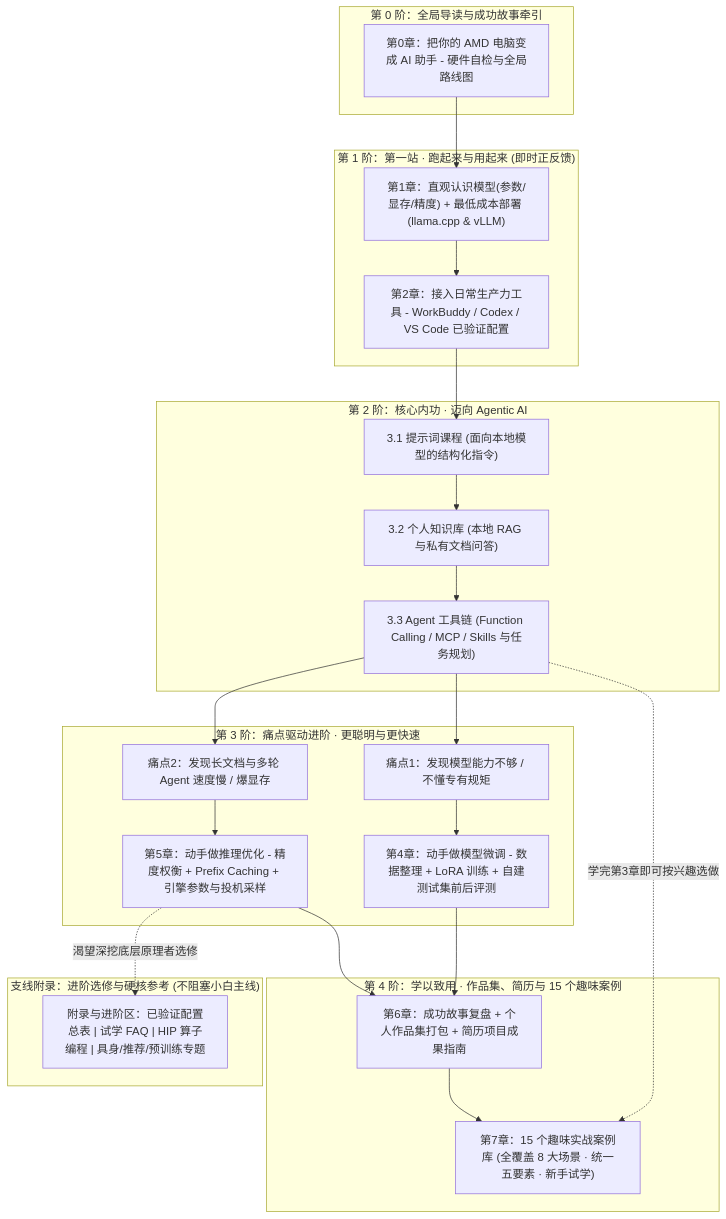
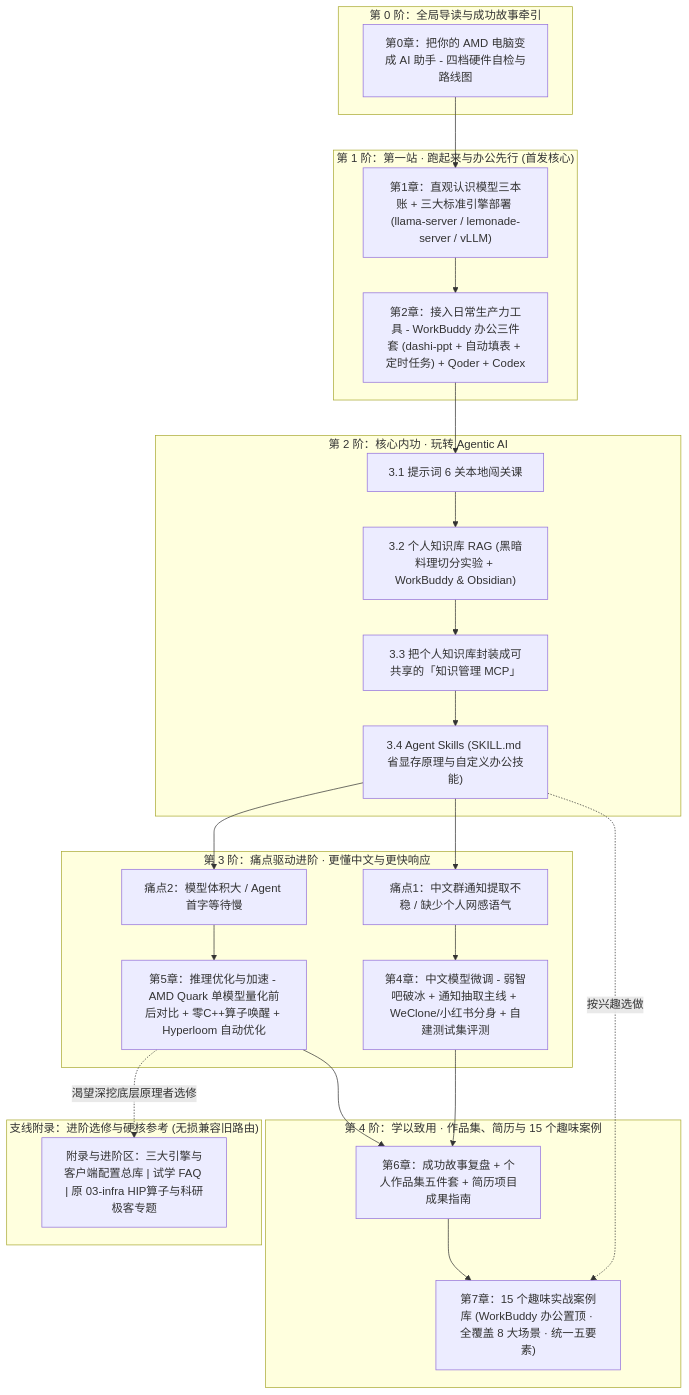
The first of 2 diagrams in docs/course-refactor/DESIGN_course-refactor.md (datawhalechina/hello-rocm), drawn with Mermaid before and after one commit. The commit also changed other lines of this file and 3 other files, not shown here.

Commit message:
docs(course-refactor): 精炼课程总大纲（统一三大服务引擎、WorkBuddy办公三件套、Qoder、知识管理MCP与微调量化范围）

````diff
--- a/docs/course-refactor/DESIGN_course-refactor.md
+++ b/docs/course-refactor/DESIGN_course-refactor.md
@@ -48,47 +47,48 @@
 ```mermaid
 flowchart TD
     subgraph L0["第 0 阶：全局导读与成功故事牵引"]
-        C0["第0章：把你的 AMD 电脑变成 AI 助手 - 硬件自检与全局路线图"]
+        C0["第0章：把你的 AMD 电脑变成 AI 助手 - 四档硬件自检与路线图"]
     end
 
-    subgraph L1["第 1 阶：第一站 · 跑起来与用起来 (即时正反馈)"]
-        C1["第1章：直观认识模型(参数/显存/精度) + 最低成本部署 (llama.cpp & vLLM)"]
-        C2["第2章：接入日常生产力工具 - WorkBuddy / Codex / VS Code 已验证配置"]
+    subgraph L1["第 1 阶：第一站 · 跑起来与办公先行 (首发核心)"]
+        C1["第1章：直观认识模型三本账 + 三大标准引擎部署 (llama-server / lemonade-server / vLLM)"]
+        C2["第2章：接入日常生产力工具 - WorkBuddy 办公三件套 (dashi-ppt + 自动填表 + 定时任务) + Qoder + Codex"]
         C1 --> C2
     end
 
-    subgraph L2["第 2 阶：核心内功 · 迈向 Agentic AI"]
-        C3_1["3.1 提示词课程 (面向本地模型的结构化指令)"]
-        C3_2["3.2 个人知识库 (本地 RAG 与私有文档问答)"]
-        C3_3["3.3 Agent 工具链 (Function Calling / MCP / Skills 与任务规划)"]
-        C3_1 --> C3_2 --> C3_3
+    subgraph L2["第 2 阶：核心内功 · 玩转 Agentic AI"]
+        C3_1["3.1 提示词 6 关本地闯关课"]
+        C3_2["3.2 个人知识库 RAG (黑暗料理切分实验 + WorkBuddy & Obsidian)"]
+        C3_3["3.3 把个人知识库封装成可共享的「知识管理 MCP」"]
+        C3_4["3.4 Agent Skills (SKILL.md 省显存原理与自定义办公技能)"]
+        C3_1 --> C3_2 --> C3_3 --> C3_4
     end
 
-    subgraph L3["第 3 阶：痛点驱动进阶 · 更聪明与更快速"]
-        P1["痛点1：发现模型能力不够 / 不懂专有规矩"]
-        C4["第4章：动手做模型微调 - 数据整理 + LoRA 训练 + 自建测试集前后评测"]
-        P2["痛点2：发现长文档与多轮 Agent 速度慢 / 爆显存"]
-        C5["第5章：动手做推理优化 - 精度权衡 + Prefix Caching + 引擎参数与投机采样"]
+    subgraph L3["第 3 阶：痛点驱动进阶 · 更懂中文与更快响应"]
+        P1["痛点1：中文群通知提取不稳 / 缺少个人网感语气"]
+        C4["第4章：中文模型微调 - 弱智吧破冰 + 通知抽取主线 + WeClone/小红书分身 + 自建测试集评测"]
+        P2["痛点2：模型体积大 / Agent 首字等待慢"]
+        C5["第5章：推理优化与加速 - AMD Quark 单模型量化前后对比 + 零C++算子唤醒 + Hyperloom 自动优化"]
         P1 --> C4
         P2 --> C5
     end
 
     subgraph L4["第 4 阶：学以致用 · 作品集、简历与 15 个趣味案例"]
-        C6["第6章：成功故事复盘 + 个人作品集打包 + 简历项目成果指南"]
-        C7["第7章：15 个趣味实战案例库 (全覆盖 8 大场景 · 统一五要素 · 新手试学)"]
+        C6["第6章：成功故事复盘 + 个人作品集五件套 + 简历项目成果指南"]
+        C7["第7章：15 个趣味实战案例库 (WorkBuddy 办公置顶 · 全覆盖 8 大场景 · 统一五要素)"]
     end
 
-    subgraph L5["支线附录：进阶选修与硬核参考 (不阻塞小白主线)"]
-        APP["附录与进阶区：已验证配置总表 | 试学 FAQ | HIP 算子编程 | 具身/推荐/预训练专题"]
+    subgraph L5["支线附录：进阶选修与硬核参考 (无损兼容旧路由)"]
+        APP["附录与进阶区：三大引擎与客户端配置总库 | 试学 FAQ | 原 03-infra HIP算子与科研极客专题"]
     end
 
     C0 --> C1
     C2 --> C3_1
-    C3_3 --> P1
-    C3_3 --> P2
+    C3_4 --> P1
+    C3_4 --> P2
     C4 --> C6
     C5 --> C6
-    C3_3 -.->|"学完第3章即可按兴趣选做"| C7
+    C3_4 -.->|"按兴趣选做"| C7
     C6 --> C7
     C5 -.->|"渴望深挖底层原理者选修"| APP
 ```
````
